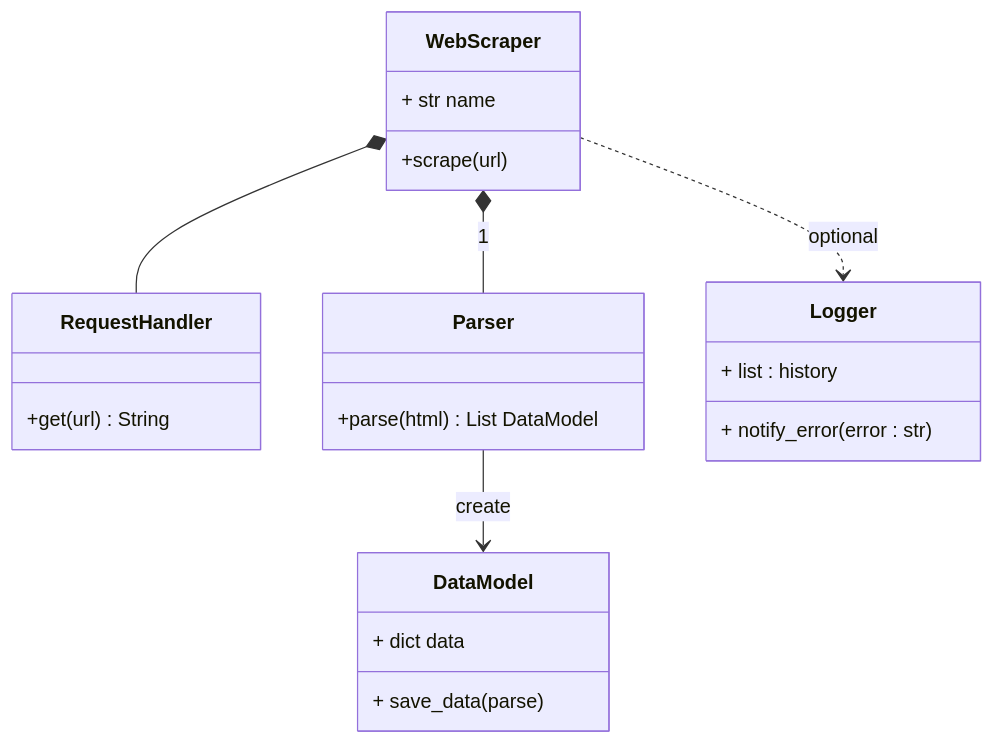
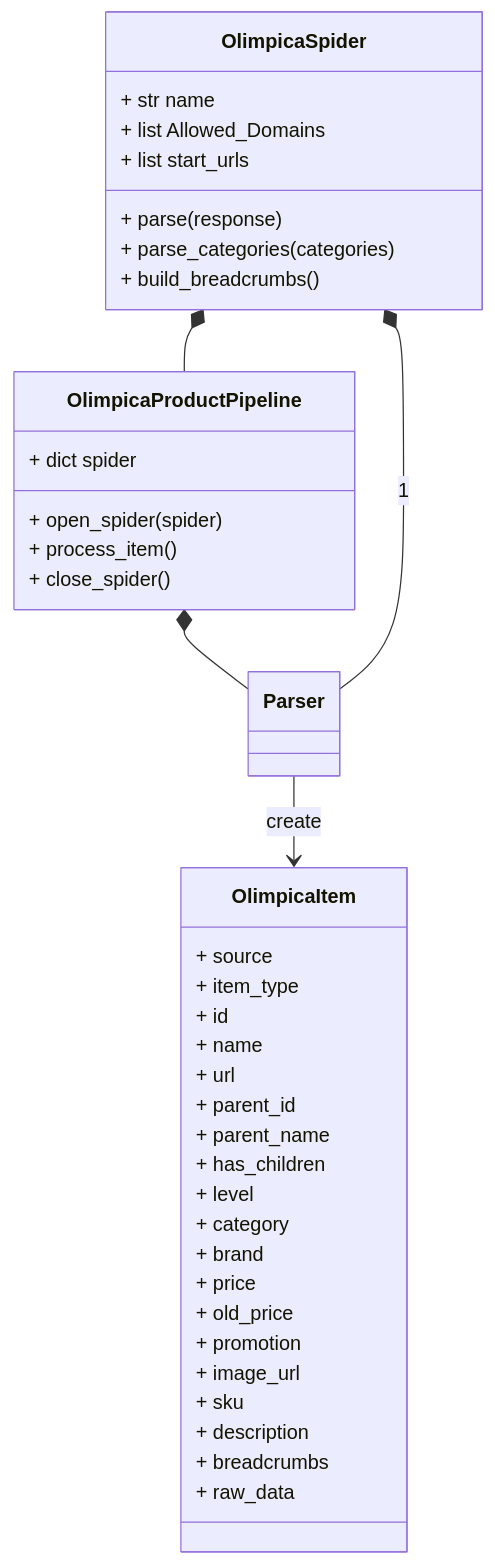
The diagram in README.md (JDVanBus/Project-POO-2026_licence), drawn with Mermaid before and after one commit. The commit also changed other lines of this file, not shown here.

Commit message:
Actualización Readme, analisis parte 1

````diff
--- a/README.md
+++ b/README.md
@@ -99,30 +94,49 @@
-```mermaid
+``` mermaid
 classDiagram
     direction 
-    class WebScraper {
+    class OlimpicaSpider {
     + str name
-    +scrape(url)
+    + list Allowed_Domains
+    + list start_urls
+    + parse(response)
+    + parse_categories(categories)
+    + build_breadcrumbs()
+    }
+    
+    class OlimpicaItem {
+    + source 
+    + item_type 
+    + id 
+    + name 
+    + url 
+    + parent_id 
+    + parent_name 
+    + has_children 
+    + level 
+    + category 
+    + brand 
+    + price 
+    + old_price 
+    + promotion 
+    + image_url 
+    + sku 
+    + description 
+    + breadcrumbs 
+    + raw_data 
+
     }
 
-    class RequestHandler {
-    +get(url) String
+    class OlimpicaProductPipeline {
+     + dict  spider
+     + open_spider(spider)
+     + process_item()
+     + close_spider() 
     }
 
-    class Parser {
-    +parse(html) List DataModel
-    }
 
-    class DataModel {
-     + dict  data
-     + save_data(parse) 
-    }
-    class Logger{
-    + list : history
-    + notify_error(error : str)
-    }
 
-    WebScraper *-- RequestHandler 
-    WebScraper *-- Parser : 1
-    Parser --> DataModel : create
-    WebScraper ..> Logger : optional
+    OlimpicaSpider *-- OlimpicaProductPipeline 
+    OlimpicaProductPipeline *-- Parser
+    OlimpicaSpider *-- Parser : 1
+    Parser --> OlimpicaItem : create
 ```
````
